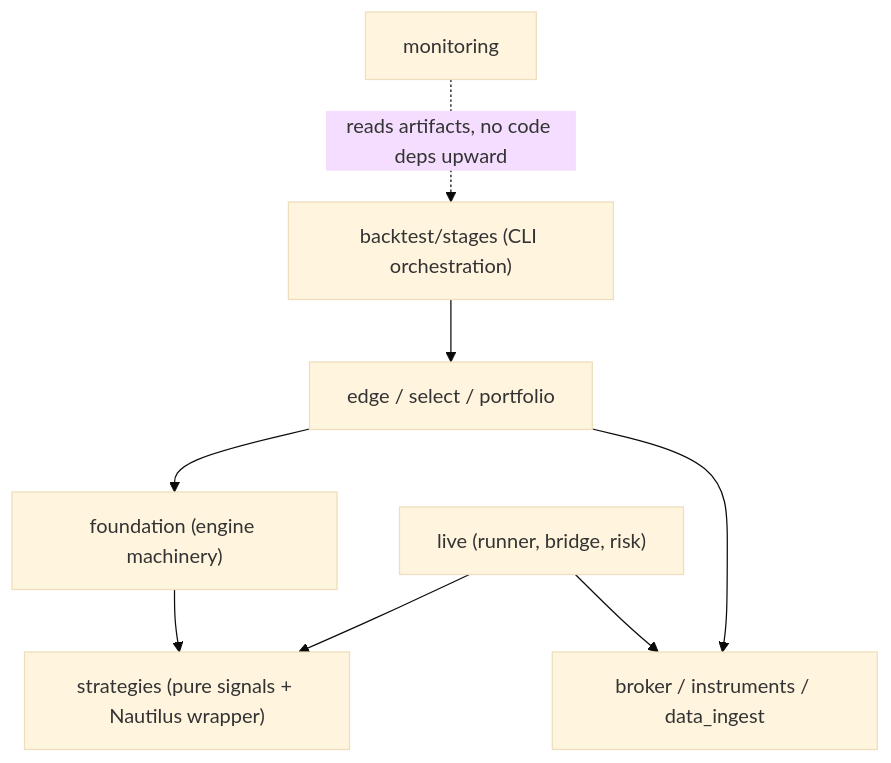
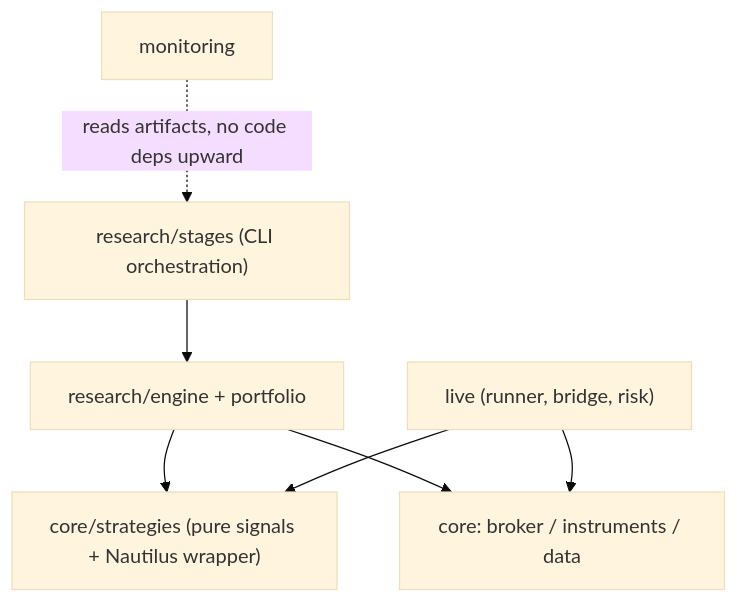
One commit to QPlus-Capital/trading-system changed the fifth of 5 diagrams in docs/architecture.md. Above: the diagram before and after it, drawn with Mermaid (base theme). The commit also changed other lines of this file and 156 other files, not shown here.

````diff
--- a/docs/architecture.md
+++ b/docs/architecture.md
@@ -262,10 +262,9 @@
 ```mermaid
 flowchart TD
-    STAGES["backtest/stages (CLI orchestration)"] --> EDGE["edge / select / portfolio"]
-    EDGE --> FOUND["foundation (engine machinery)"]
-    FOUND --> STRAT["strategies (pure signals + Nautilus wrapper)"]
+    STAGES["research/stages (CLI orchestration)"] --> ENG["research/engine + portfolio"]
+    ENG --> STRAT["core/strategies (pure signals + Nautilus wrapper)"]
     LIVE2["live (runner, bridge, risk)"] --> STRAT
     MON2["monitoring"] -.reads artifacts, no code deps upward.-> STAGES
-    EDGE --> CORE2["broker / instruments / data_ingest"]
+    ENG --> CORE2["core: broker / instruments / data"]
     LIVE2 --> CORE2
 ```
````
